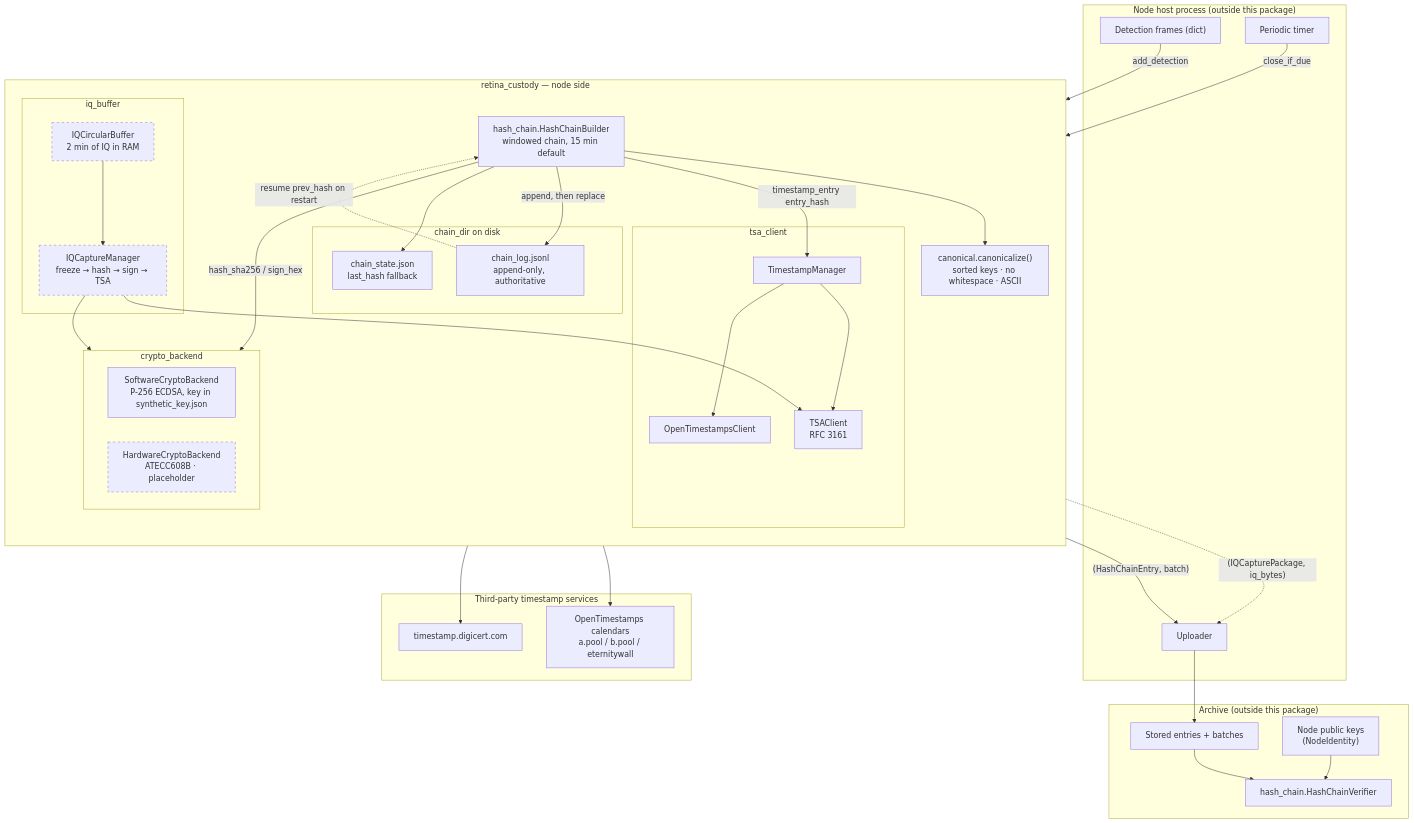
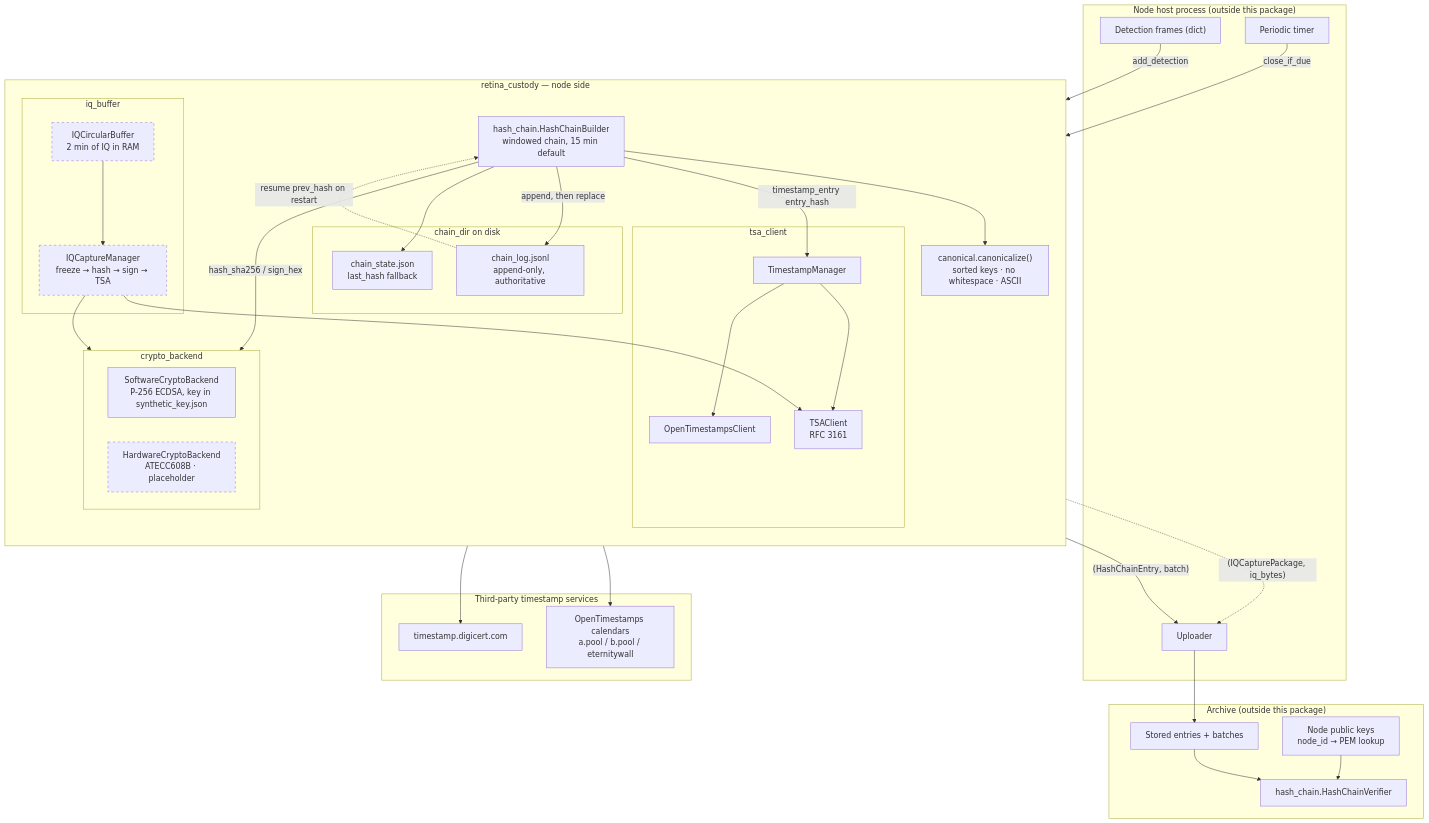
Before and after one commit to offworldlabs/retina-custody: the diagram in README.md, drawn with Mermaid. The commit also changed other lines of this file, not shown here.

````diff
--- a/README.md
+++ b/README.md
@@ -35,65 +35,65 @@
 ```mermaid
 flowchart TB
     subgraph host["Node host process (outside this package)"]
         frames["Detection frames (dict)"]
         timer["Periodic timer"]
         uploader["Uploader"]
     end
 
     subgraph node["retina_custody — node side"]
         direction TB
         canon["canonical.canonicalize()<br/>sorted keys · no whitespace · ASCII"]
         builder["hash_chain.HashChainBuilder<br/>windowed chain, 15 min default"]
         subgraph crypto["crypto_backend"]
             sw["SoftwareCryptoBackend<br/>P-256 ECDSA, key in synthetic_key.json"]
             hw["HardwareCryptoBackend<br/>ATECC608B · placeholder"]
         end
         subgraph ts["tsa_client"]
             tsm["TimestampManager"]
             tsa["TSAClient<br/>RFC 3161"]
             ots["OpenTimestampsClient"]
         end
         subgraph persist["chain_dir on disk"]
             log["chain_log.jsonl<br/>append-only, authoritative"]
             state["chain_state.json<br/>last_hash fallback"]
         end
         subgraph iq["iq_buffer"]
             ring["IQCircularBuffer<br/>2 min of IQ in RAM"]
             cap["IQCaptureManager<br/>freeze → hash → sign → TSA"]
         end
     end
 
     subgraph ext["Third-party timestamp services"]
         digicert["timestamp.digicert.com"]
         calendars["OpenTimestamps calendars<br/>a.pool / b.pool / eternitywall"]
     end
 
     subgraph archive["Archive (outside this package)"]
         verifier["hash_chain.HashChainVerifier"]
-        keys["Node public keys<br/>(NodeIdentity)"]
+        keys["Node public keys<br/>node_id → PEM lookup"]
         store["Stored entries + batches"]
     end
 
     frames -->|add_detection| builder
     timer -->|close_if_due| builder
     builder --> canon
     builder -->|hash_sha256 / sign_hex| crypto
     builder -->|timestamp_entry entry_hash| tsm
     tsm --> tsa --> digicert
     tsm --> ots --> calendars
     builder -->|append, then replace| log
     builder --> state
     log -.->|resume prev_hash on restart| builder
     builder -->|"(HashChainEntry, batch)"| uploader
     uploader --> store
     store --> verifier
     keys --> verifier
 
     ring --> cap
     cap --> crypto
     cap --> tsa
     cap -.->|"(IQCapturePackage, iq_bytes)"| uploader
 
     classDef placeholder stroke-dasharray: 5 5
     class hw,ring,cap placeholder
 ```
````
